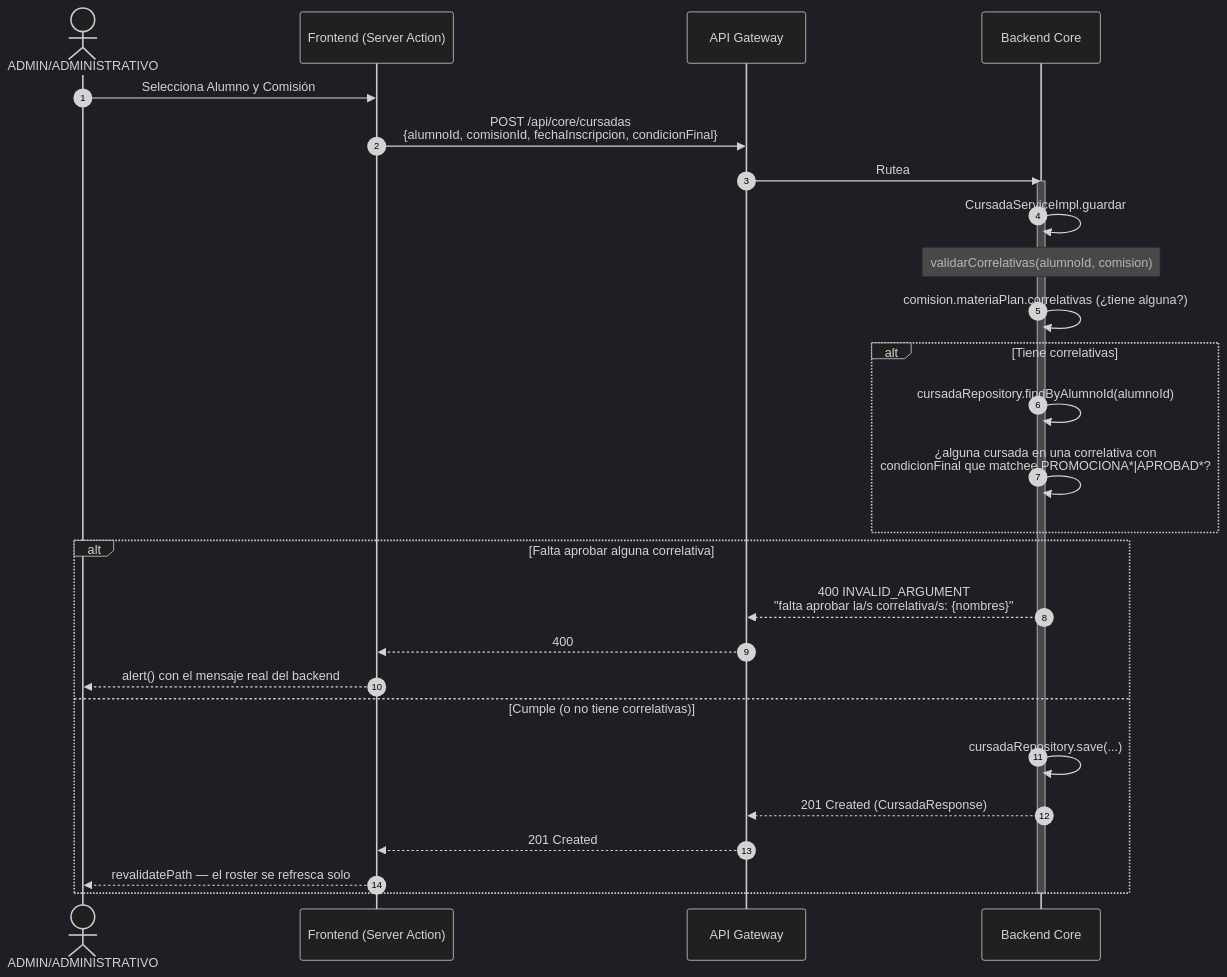
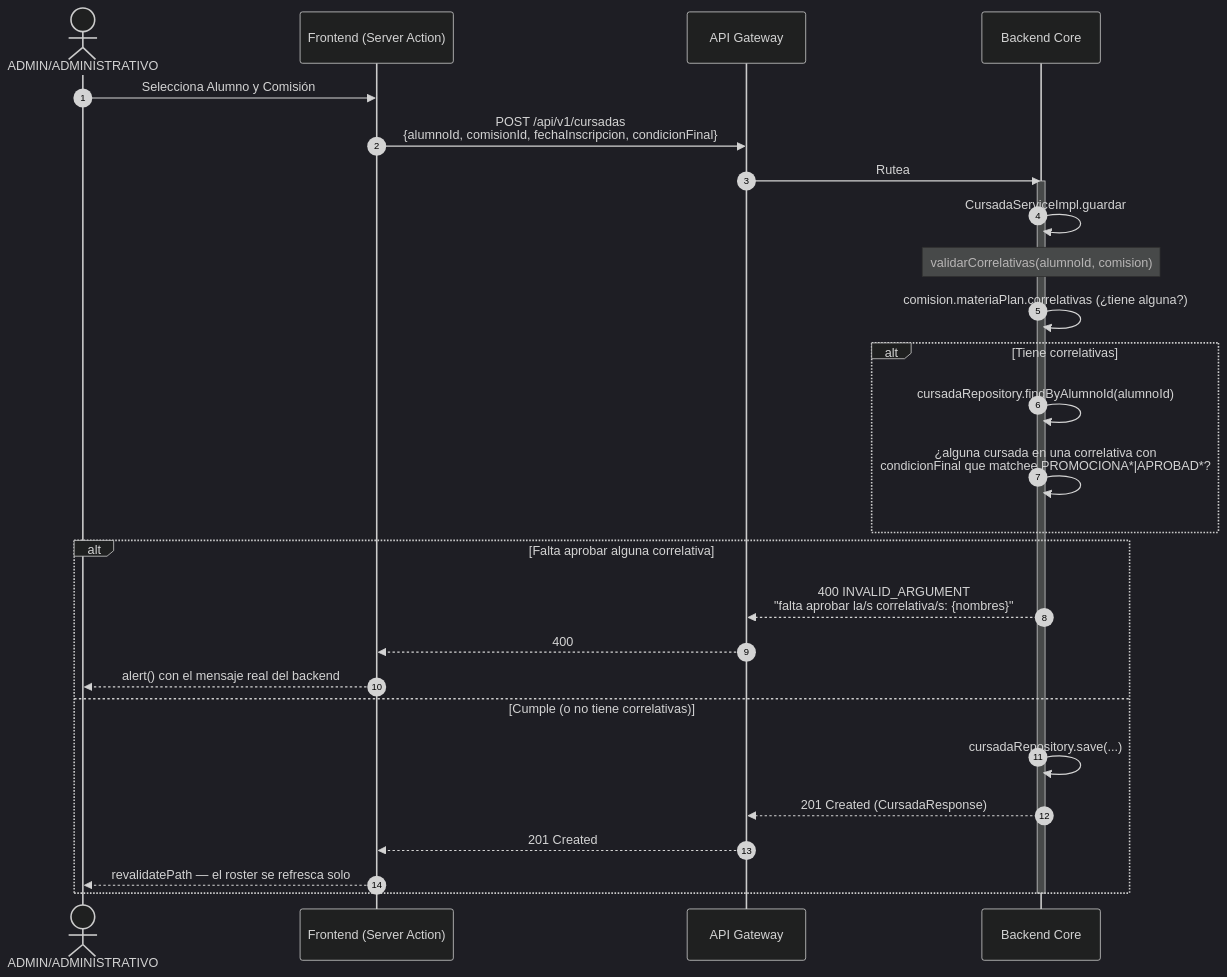
Before and after one commit to JuancaSterba/web-2026-itec: the second of 2 diagrams in docs/03.10-Diagrama_Secuencia_Inscripciones.md, drawn with Mermaid (dark theme). The commit also changed other lines of this file and 38 other files, not shown here.

First line of the commit message:
feat(gateway): exponer el contrato publico bajo /api/v1/** (#40)

````diff
--- a/docs/03.10-Diagrama_Secuencia_Inscripciones.md
+++ b/docs/03.10-Diagrama_Secuencia_Inscripciones.md
@@ -36,35 +36,35 @@
 ```mermaid
 sequenceDiagram
     autonumber
     actor Admin as ADMIN/ADMINISTRATIVO
     participant Frontend as Frontend (Server Action)
     participant Gateway as API Gateway
     participant Core as Backend Core
 
     Admin->>Frontend: Selecciona Alumno y Comisión
-    Frontend->>Gateway: POST /api/core/cursadas<br/>{alumnoId, comisionId, fechaInscripcion, condicionFinal}
+    Frontend->>Gateway: POST /api/v1/cursadas<br/>{alumnoId, comisionId, fechaInscripcion, condicionFinal}
     Gateway->>Core: Rutea
 
     activate Core
     Core->>Core: CursadaServiceImpl.guardar
 
     Note over Core: validarCorrelativas(alumnoId, comision)
     Core->>Core: comision.materiaPlan.correlativas (¿tiene alguna?)
 
     alt Tiene correlativas
         Core->>Core: cursadaRepository.findByAlumnoId(alumnoId)
         Core->>Core: ¿alguna cursada en una correlativa con<br/>condicionFinal que matchee PROMOCIONA*|APROBAD*?
     end
 
     alt Falta aprobar alguna correlativa
         Core-->>Gateway: 400 INVALID_ARGUMENT<br/>"falta aprobar la/s correlativa/s: {nombres}"
         Gateway-->>Frontend: 400
         Frontend-->>Admin: alert() con el mensaje real del backend
     else Cumple (o no tiene correlativas)
         Core->>Core: cursadaRepository.save(...)
         Core-->>Gateway: 201 Created (CursadaResponse)
         Gateway-->>Frontend: 201 Created
         Frontend-->>Admin: revalidatePath — el roster se refresca solo
     end
     deactivate Core
 ```
````
